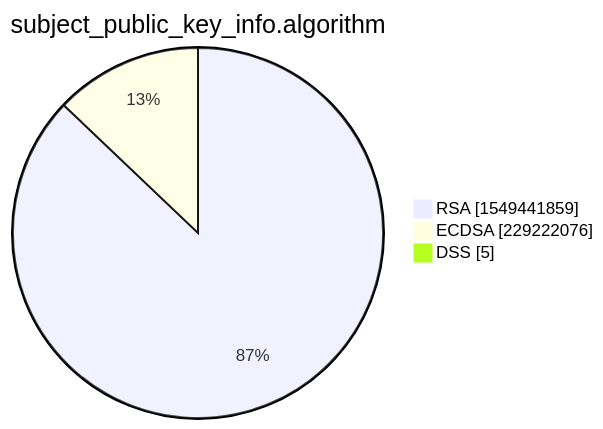
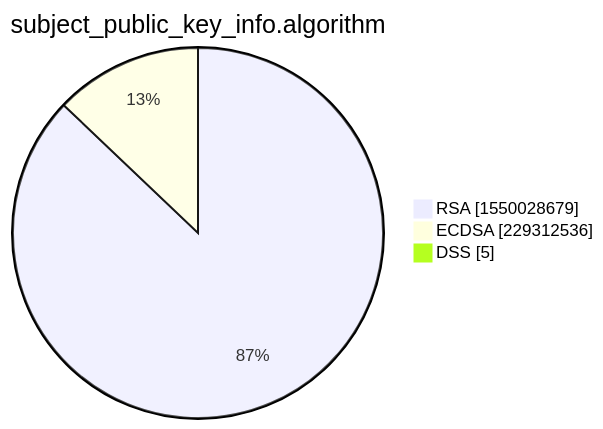
One commit to christiankrug/ctmonitor_visualization changed the third of 15 diagrams in xenon2022/README.md. Above: the diagram before and after it, drawn with Mermaid. The commit also changed other lines of this file, not shown here.

````diff
--- a/xenon2022/README.md
+++ b/xenon2022/README.md
@@ -14,7 +14,7 @@
 ```mermaid
 pie showData
 title subject_public_key_info.algorithm
-"RSA" :1549441859
-"ECDSA" :229222076
+"RSA" :1550028679
+"ECDSA" :229312536
 "DSS" :5
 ```
````
